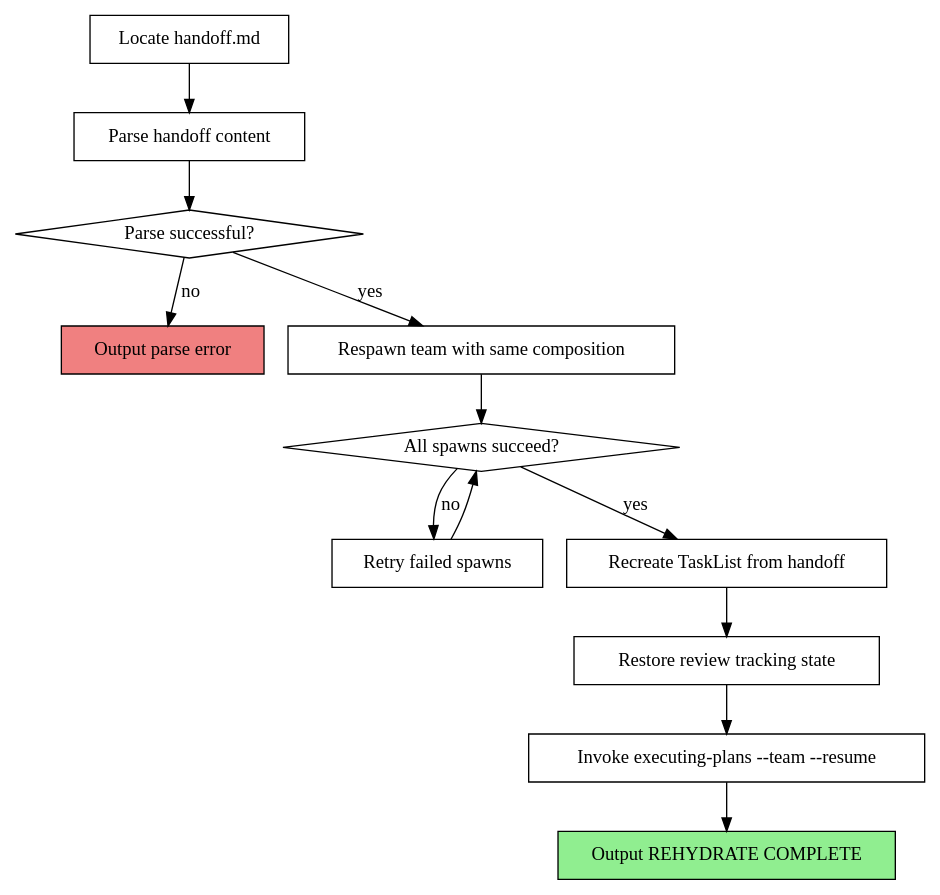
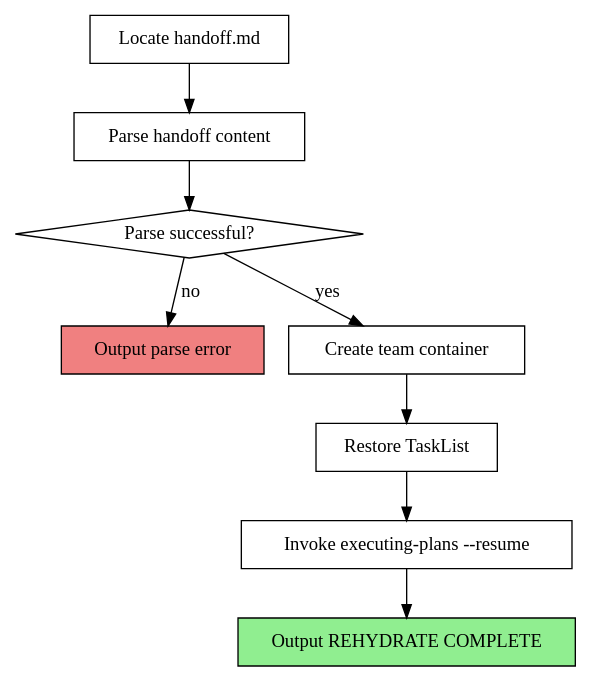
Before and after one commit to joshuabates/tina: the diagram in skills/rehydrate/SKILL.md, drawn with Graphviz. The commit also changed other lines of this file, not shown here.

Commit message:
feat: simplify rehydrate for ephemeral team model

````diff
--- a/skills/rehydrate/SKILL.md
+++ b/skills/rehydrate/SKILL.md
@@ -28,29 +28,22 @@
 ```dot
 digraph rehydrate {
     rankdir=TB;
 
     "Locate handoff.md" [shape=box];
     "Parse handoff content" [shape=box];
     "Parse successful?" [shape=diamond];
     "Output parse error" [shape=box style=filled fillcolor=lightcoral];
-    "Respawn team with same composition" [shape=box];
-    "All spawns succeed?" [shape=diamond];
-    "Retry failed spawns" [shape=box];
-    "Recreate TaskList from handoff" [shape=box];
-    "Restore review tracking state" [shape=box];
-    "Invoke executing-plans --team --resume" [shape=box];
+    "Create team container" [shape=box];
+    "Restore TaskList" [shape=box];
+    "Invoke executing-plans --resume" [shape=box];
     "Output REHYDRATE COMPLETE" [shape=box style=filled fillcolor=lightgreen];
 
     "Locate handoff.md" -> "Parse handoff content";
     "Parse handoff content" -> "Parse successful?";
-    "Parse successful?" -> "Respawn team with same composition" [label="yes"];
+    "Parse successful?" -> "Create team container" [label="yes"];
     "Parse successful?" -> "Output parse error" [label="no"];
-    "Respawn team with same composition" -> "All spawns succeed?";
-    "All spawns succeed?" -> "Recreate TaskList from handoff" [label="yes"];
-    "All spawns succeed?" -> "Retry failed spawns" [label="no"];
-    "Retry failed spawns" -> "All spawns succeed?";
-    "Recreate TaskList from handoff" -> "Restore review tracking state";
-    "Restore review tracking state" -> "Invoke executing-plans --team --resume";
-    "Invoke executing-plans --team --resume" -> "Output REHYDRATE COMPLETE";
+    "Create team container" -> "Restore TaskList";
+    "Restore TaskList" -> "Invoke executing-plans --resume";
+    "Invoke executing-plans --resume" -> "Output REHYDRATE COMPLETE";
 }
 ```
````
